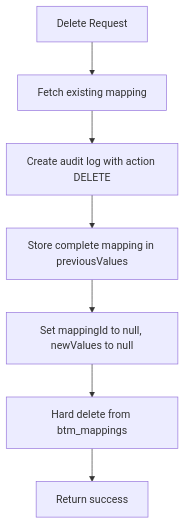
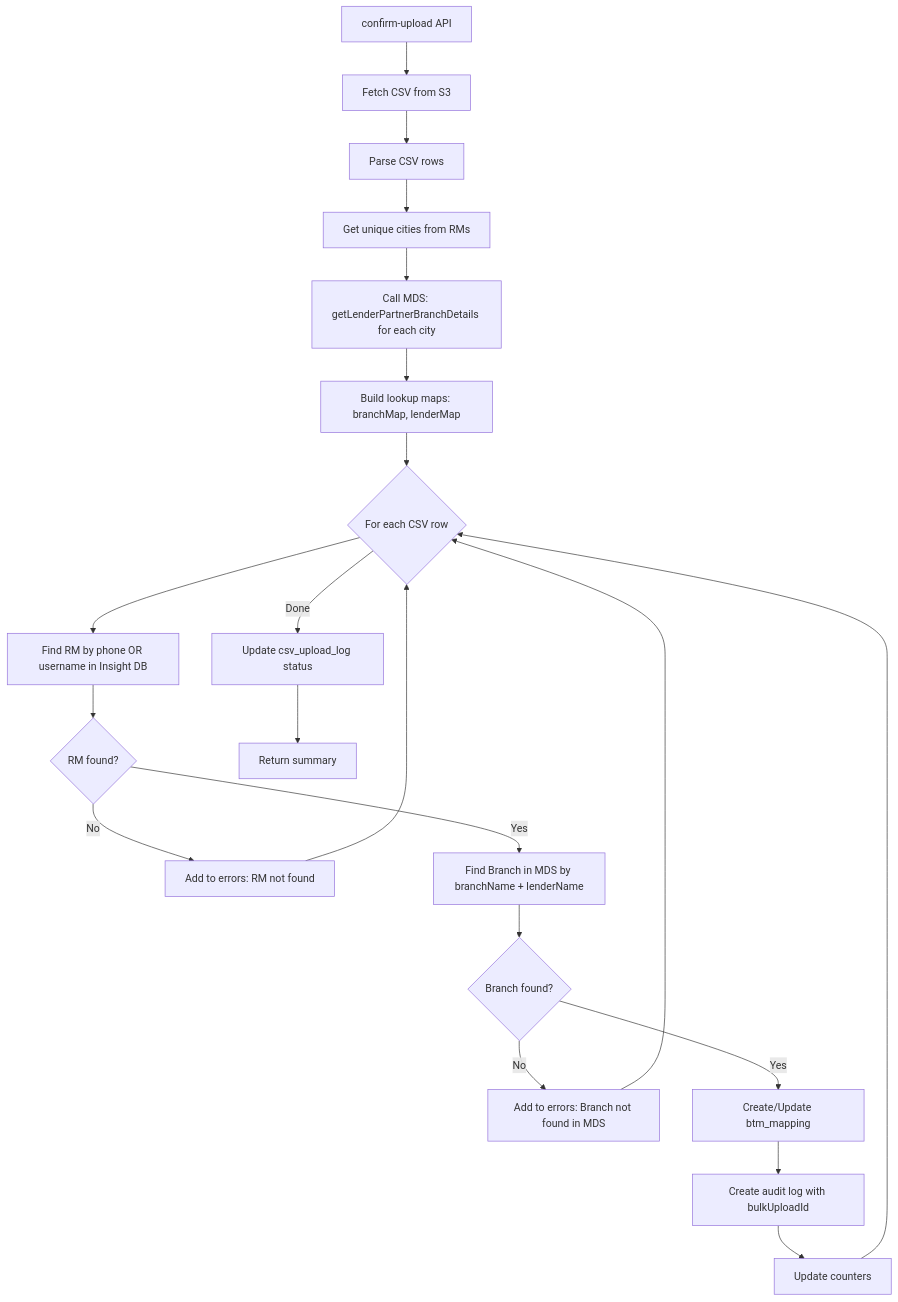
The second of 2 diagrams in README.md (adarshRupeek/db-design-for-branch-backward-mapping), drawn with Mermaid before and after one commit. The commit also changed other lines of this file, not shown here.

````diff
--- a/README.md
+++ b/README.md
@@ -349,9 +391,28 @@
 ```mermaid
 flowchart TD
-    A[Delete Request] --> B[Fetch existing mapping]
-    B --> C[Create audit log with action DELETE]
-    C --> D[Store complete mapping in previousValues]
-    D --> E[Set mappingId to null, newValues to null]
-    E --> F[Hard delete from btm_mappings]
-    F --> G[Return success]
+    A[confirm-upload API] --> B[Fetch CSV from S3]
+    B --> C[Parse CSV rows]
+    C --> D[Get unique cities from RMs]
+    D --> E[Call MDS: getLenderPartnerBranchDetails for each city]
+    E --> F[Build lookup maps: branchMap, lenderMap]
+    F --> G{For each CSV row}
+    
+    G --> H[Find RM by phone OR username in Insight DB]
+    H --> I{RM found?}
+    I -->|No| J[Add to errors: RM not found]
+    
+    I -->|Yes| K[Find Branch in MDS by branchName + lenderName]
+    K --> L{Branch found?}
+    L -->|No| M[Add to errors: Branch not found in MDS]
+    
+    L -->|Yes| N[Create/Update btm_mapping]
+    N --> O[Create audit log with bulkUploadId]
+    O --> P[Update counters]
+    
+    J --> G
+    M --> G
+    P --> G
+    
+    G -->|Done| Q[Update csv_upload_log status]
+    Q --> R[Return summary]
 ```
````
